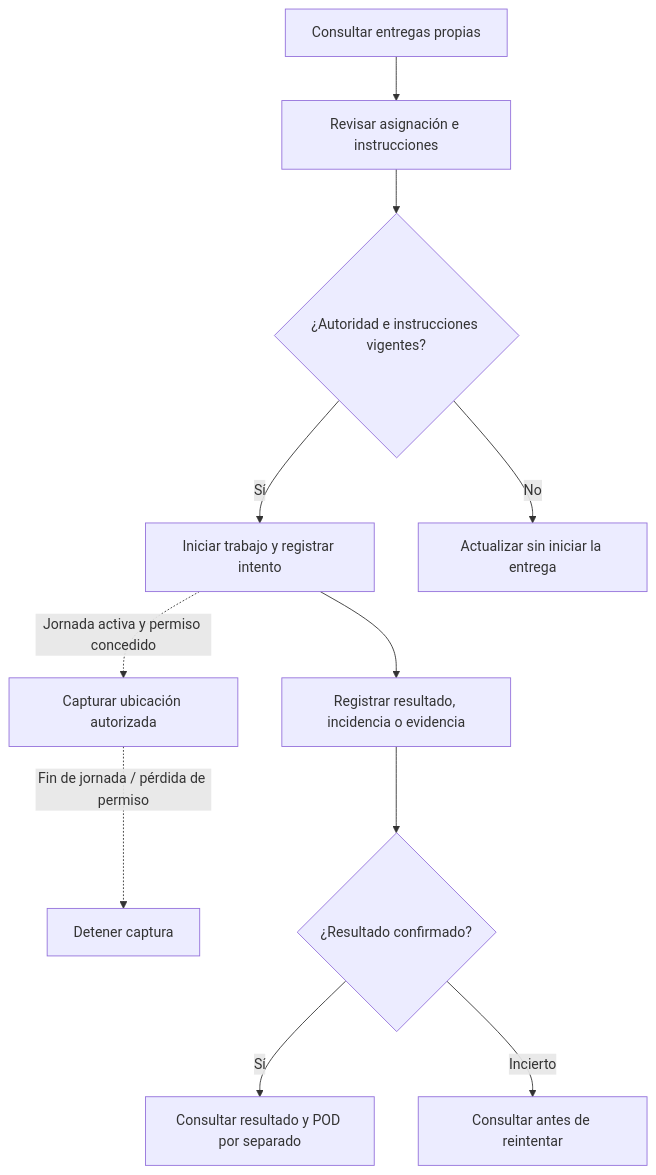
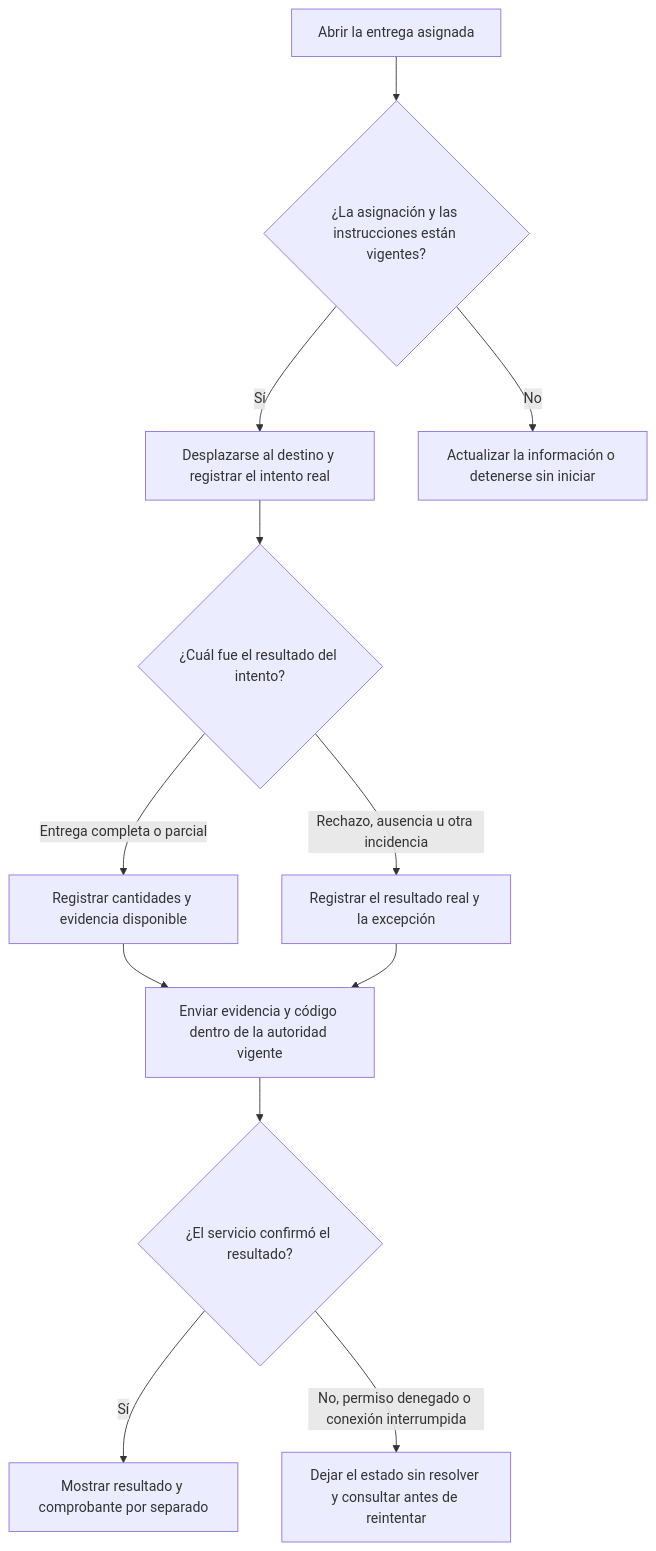
Before and after one commit to nexa-suite/mobile-report: the fourth of 5 diagrams in report/03-solution-ui-ux-design/3.1-product-design/3.1.4-mobile-applications-ux-ui-design/3.1.4.4-mobile-application-user-flows.md, drawn with Mermaid. The commit also changed other lines of this file, not shown here.

Commit message:
docs(ch3): clarify user flows and recovery paths

````diff
--- a/report/03-solution-ui-ux-design/3.1-product-design/3.1.4-mobile-applications-ux-ui-design/3.1.4.4-mobile-application-user-flows.md
+++ b/report/03-solution-ui-ux-design/3.1-product-design/3.1.4-mobile-applications-ux-ui-design/3.1.4.4-mobile-application-user-flows.md
@@ -126,13 +116,14 @@
-```mermaid
+~~~mermaid
 flowchart TB
-  A["Consultar entregas propias"] --> B["Revisar asignación e instrucciones"]
-  B --> C{"¿Autoridad e instrucciones vigentes?"}
-  C -->|"Sí"| D["Iniciar trabajo y registrar intento"]
-  C -->|"No"| E["Actualizar sin iniciar la entrega"]
-  D --> F["Registrar resultado, incidencia o evidencia"]
-  D -. "Jornada activa y permiso concedido" .-> L["Capturar ubicación autorizada"]
-  L -. "Fin de jornada / pérdida de permiso" .-> S["Detener captura"]
-  F --> G{"¿Resultado confirmado?"}
-  G -->|"Sí"| H["Consultar resultado y POD por separado"]
-  G -->|"Incierto"| I["Consultar antes de reintentar"]
-```
+  A["Abrir la entrega asignada"] --> B{"¿La asignación y las instrucciones están vigentes?"}
+  B -->|"Sí"| C["Desplazarse al destino y registrar el intento real"]
+  B -->|"No"| D["Actualizar la información o detenerse sin iniciar"]
+  C --> E{"¿Cuál fue el resultado del intento?"}
+  E -->|"Entrega completa o parcial"| F["Registrar cantidades y evidencia disponible"]
+  E -->|"Rechazo, ausencia u otra incidencia"| G["Registrar el resultado real y la excepción"]
+  F --> H["Enviar evidencia y código dentro de la autoridad vigente"]
+  G --> H
+  H --> I{"¿El servicio confirmó el resultado?"}
+  I -->|"Sí"| J["Mostrar resultado y comprobante por separado"]
+  I -->|"No, permiso denegado o conexión interrumpida"| K["Dejar el estado sin resolver y consultar antes de reintentar"]
+~~~
````
